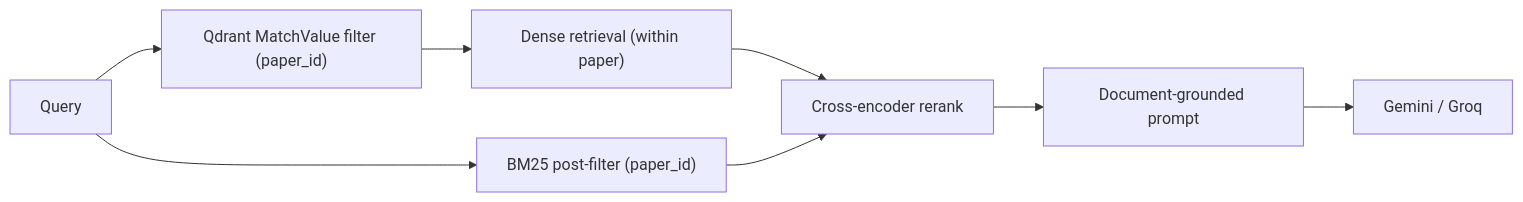
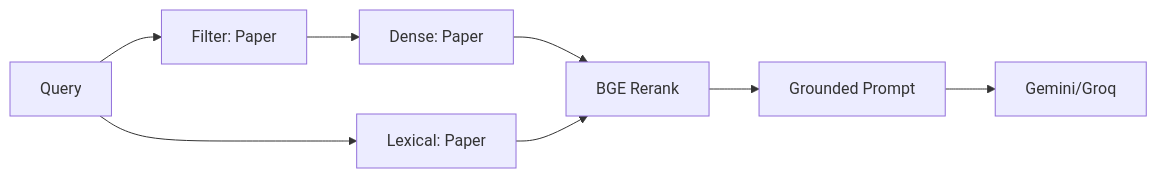
One commit to HimasagarU/Arxiv-RAG-Assistant changed the sixth of 7 diagrams in ARCHITECTURE.md. Above: the diagram before and after it, drawn with Mermaid. The commit also changed other lines of this file and 17 other files, not shown here.

Commit message:
feat: finalize scientific RAG pipeline, enhance architectural documentation, and add internal flowcharts

````diff
--- a/ARCHITECTURE.md
+++ b/ARCHITECTURE.md
@@ -164,9 +141,9 @@
 ```mermaid
 flowchart LR
-    Q["Query"] --> FILT["Qdrant MatchValue filter (paper_id)"]
-    FILT --> D["Dense retrieval (within paper)"]
-    Q --> BF["BM25 post-filter (paper_id)"]
-    D & BF --> RRF["Cross-encoder rerank"]
-    RRF --> PROMPT["Document-grounded prompt"]
-    PROMPT --> GEN["Gemini / Groq"]
+    Q[Query] --> F[Filter: Paper]
+    F --> D[Dense: Paper]
+    Q --> L[Lexical: Paper]
+    D & L --> R[BGE Rerank]
+    R --> P[Grounded Prompt]
+    P --> G[Gemini/Groq]
 ```
````
